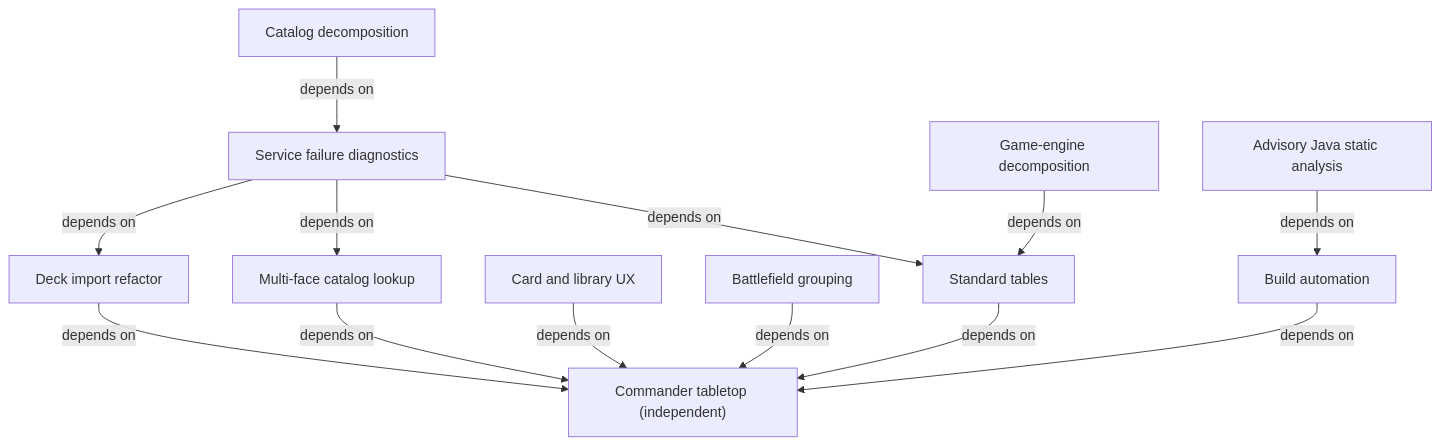
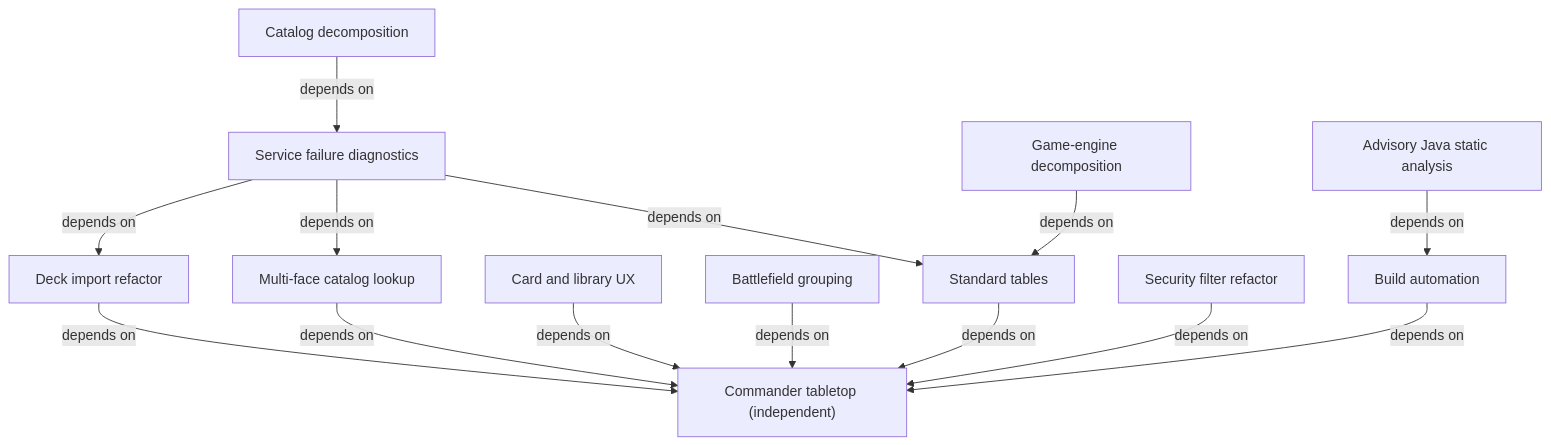
Before and after one commit to gossagomez-new/mtgcmd: the diagram in spec/INDEX.md, drawn with Mermaid. The commit also changed other lines of this file and 3 other files, not shown here.

Commit message:
refactor(security): clarify filter authorization policy

````diff
--- a/spec/INDEX.md
+++ b/spec/INDEX.md
@@ -21,26 +22,28 @@
 ```mermaid
 flowchart TD
     tabletop["Commander tabletop (independent)"]
     build["Build automation"]
     analysis["Advisory Java static analysis"]
     analysis -->|depends on| build
     imports["Deck import refactor"]
     imports -->|depends on| tabletop
     catalog["Multi-face catalog lookup"]
     catalog -->|depends on| tabletop
     ux["Card and library UX"]
     ux -->|depends on| tabletop
     grouping["Battlefield grouping"]
     grouping -->|depends on| tabletop
     standard["Standard tables"]
     standard -->|depends on| tabletop
     diagnostics["Service failure diagnostics"]
     diagnostics -->|depends on| imports
     diagnostics -->|depends on| catalog
     diagnostics -->|depends on| standard
     decomposition["Catalog decomposition"]
     decomposition -->|depends on| diagnostics
     engine["Game-engine decomposition"]
     engine -->|depends on| standard
+    security["Security filter refactor"]
+    security -->|depends on| tabletop
     build -->|depends on| tabletop
 ```
````
